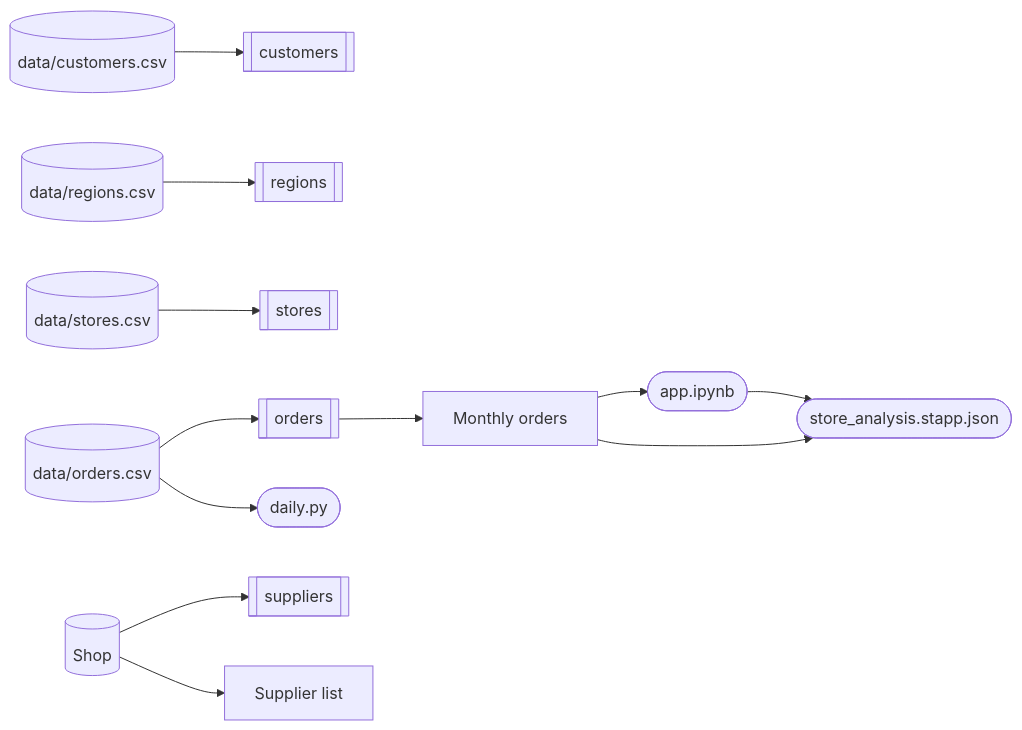
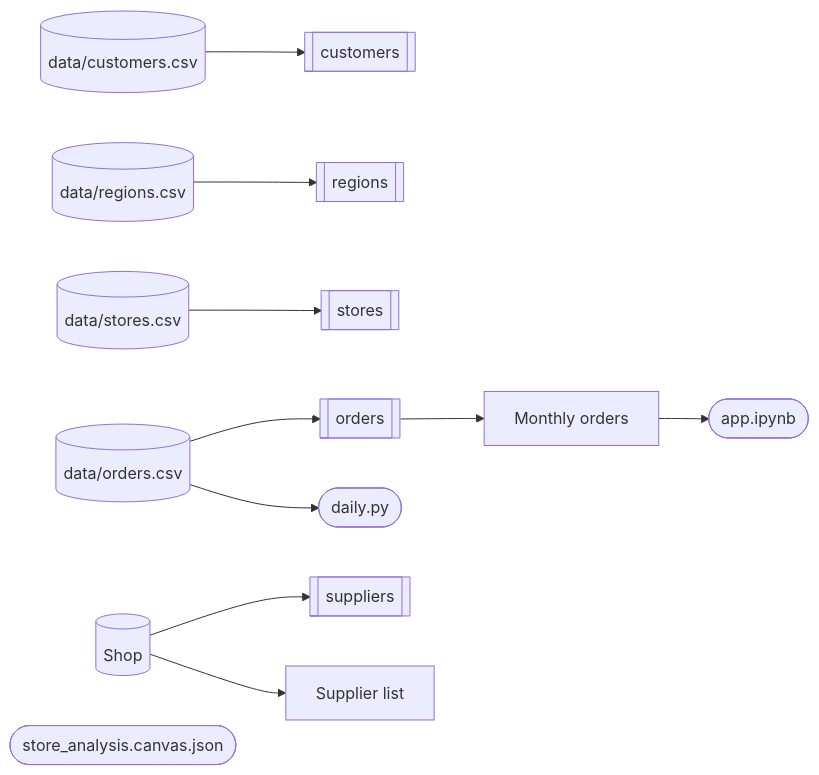
Before and after one commit to DylanCodyBrown/SwissArmyBench: the second of 2 diagrams in tests/golden/project_outline/store_analysis.md, drawn with Mermaid. The commit also changed other lines of this file and 110 other files, not shown here.

````diff
--- a/tests/golden/project_outline/store_analysis.md
+++ b/tests/golden/project_outline/store_analysis.md
@@ -126,29 +126,27 @@
 ```mermaid
 flowchart LR
   n1[("Shop")]
   n2[("data/customers.csv")]
   n3[("data/orders.csv")]
   n4[("data/regions.csv")]
   n5[("data/stores.csv")]
   n6[["customers"]]
   n7[["orders"]]
   n8[["regions"]]
   n9[["stores"]]
   n10[["suppliers"]]
   n11["Monthly orders"]
   n12["Supplier list"]
   n13(["app.ipynb"])
   n14(["daily.py"])
-  n15(["store_analysis.stapp.json"])
+  n15(["store_analysis.canvas.json"])
   n2 --> n6
   n3 --> n7
   n4 --> n8
   n5 --> n9
   n1 --> n10
   n7 --> n11
   n1 --> n12
   n11 --> n13
   n3 --> n14
-  n11 --> n15
-  n13 --> n15
 ```
````
